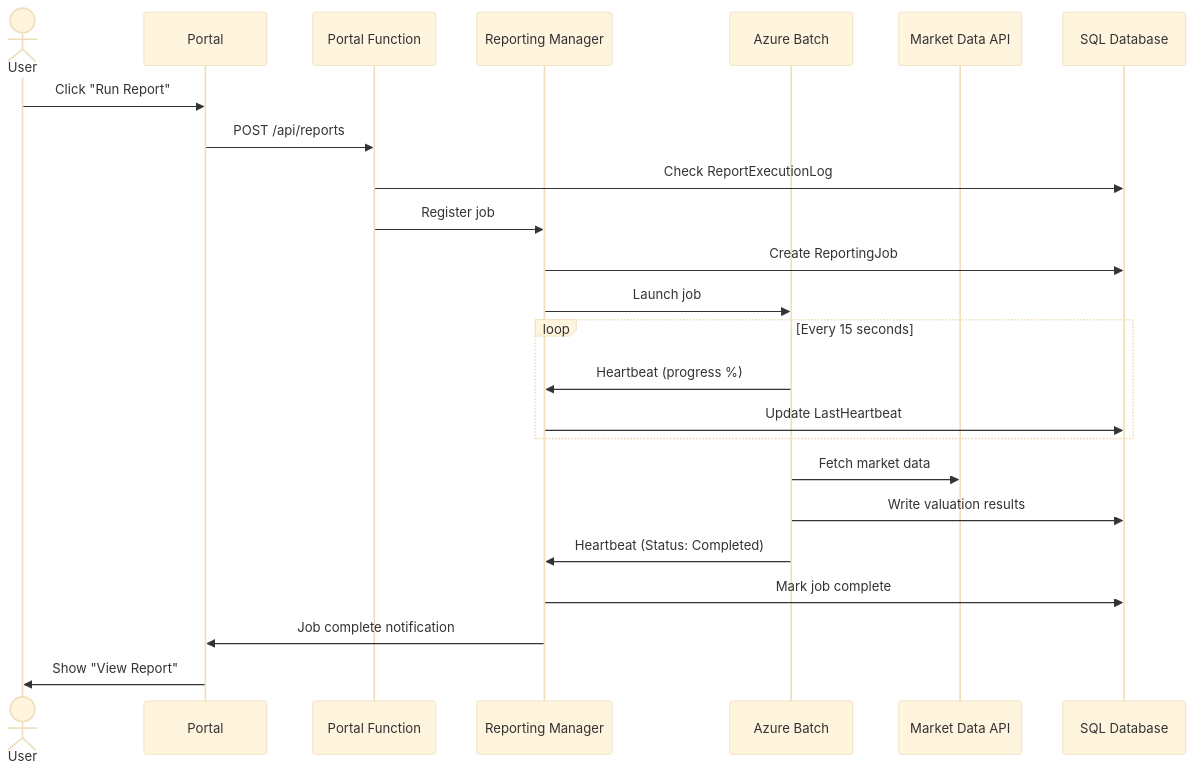
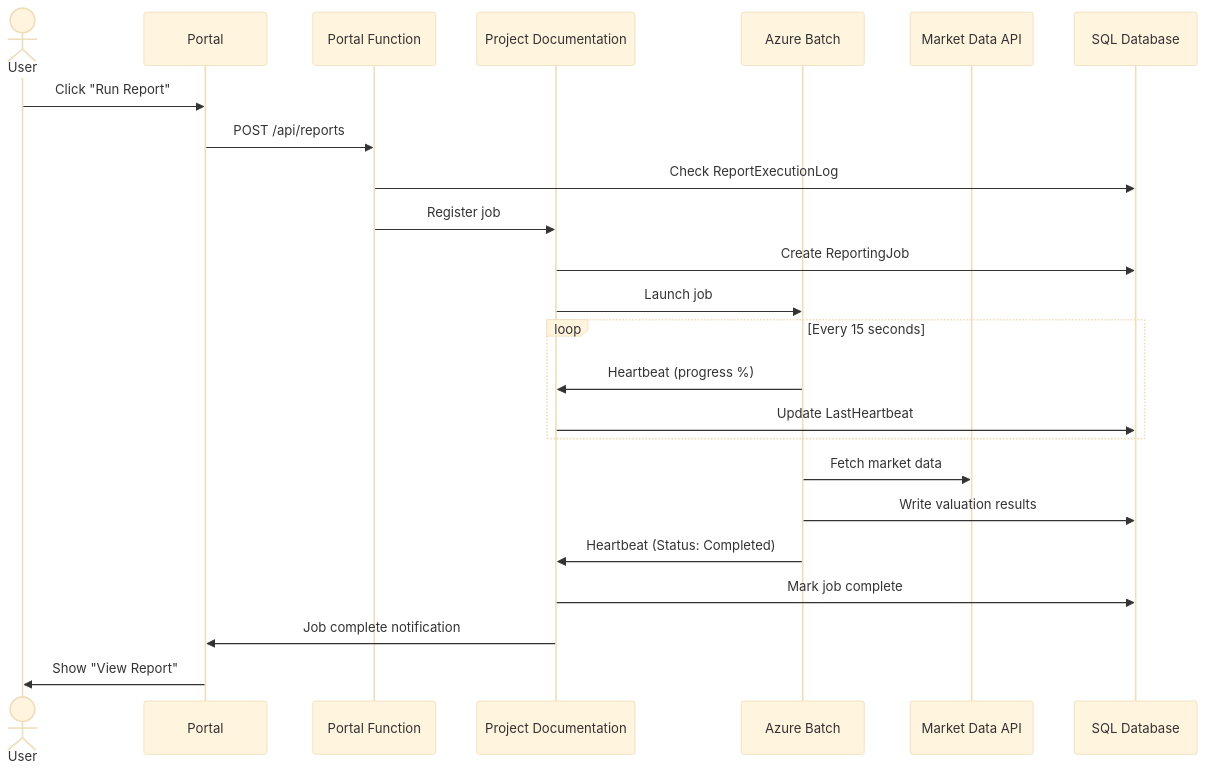
The second of 3 diagrams in tools/pdf/tests/multi_diagram_test.md (mjdevaccount/docs-pipeline), drawn with Mermaid before and after one commit. The commit also changed other lines of this file and 23 other files, not shown here.

````diff
--- a/tools/pdf/tests/multi_diagram_test.md
+++ b/tools/pdf/tests/multi_diagram_test.md
@@ -96,28 +96,28 @@
 ```mermaid
 %%{init: {'theme':'base'}}%%
 sequenceDiagram
     actor User
     participant Portal
     participant Function as Portal Function
-    participant Manager as Reporting Manager
+    participant Manager as Project Documentation
     participant Batch as Azure Batch
     participant API as Market Data API
     participant DB as SQL Database
     
     User->>Portal: Click "Run Report"
     Portal->>Function: POST /api/reports
     Function->>DB: Check ReportExecutionLog
     Function->>Manager: Register job
     Manager->>DB: Create ReportingJob
     Manager->>Batch: Launch job
     loop Every 15 seconds
         Batch->>Manager: Heartbeat (progress %)
         Manager->>DB: Update LastHeartbeat
     end
     Batch->>API: Fetch market data
     Batch->>DB: Write valuation results
     Batch->>Manager: Heartbeat (Status: Completed)
     Manager->>DB: Mark job complete
     Manager->>Portal: Job complete notification
     Portal->>User: Show "View Report"
 ```
````
